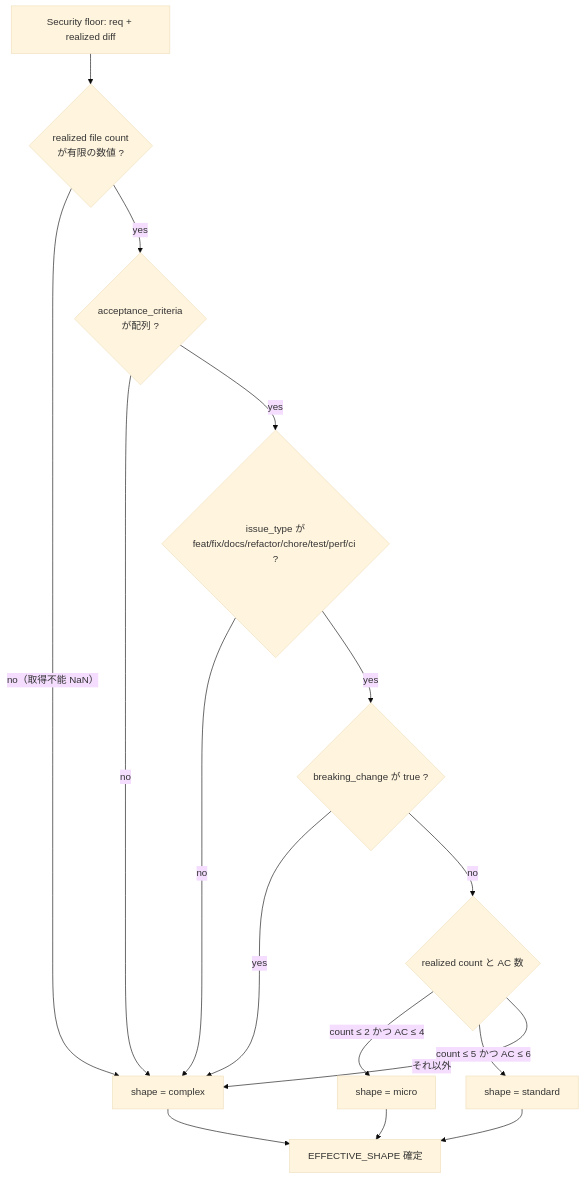
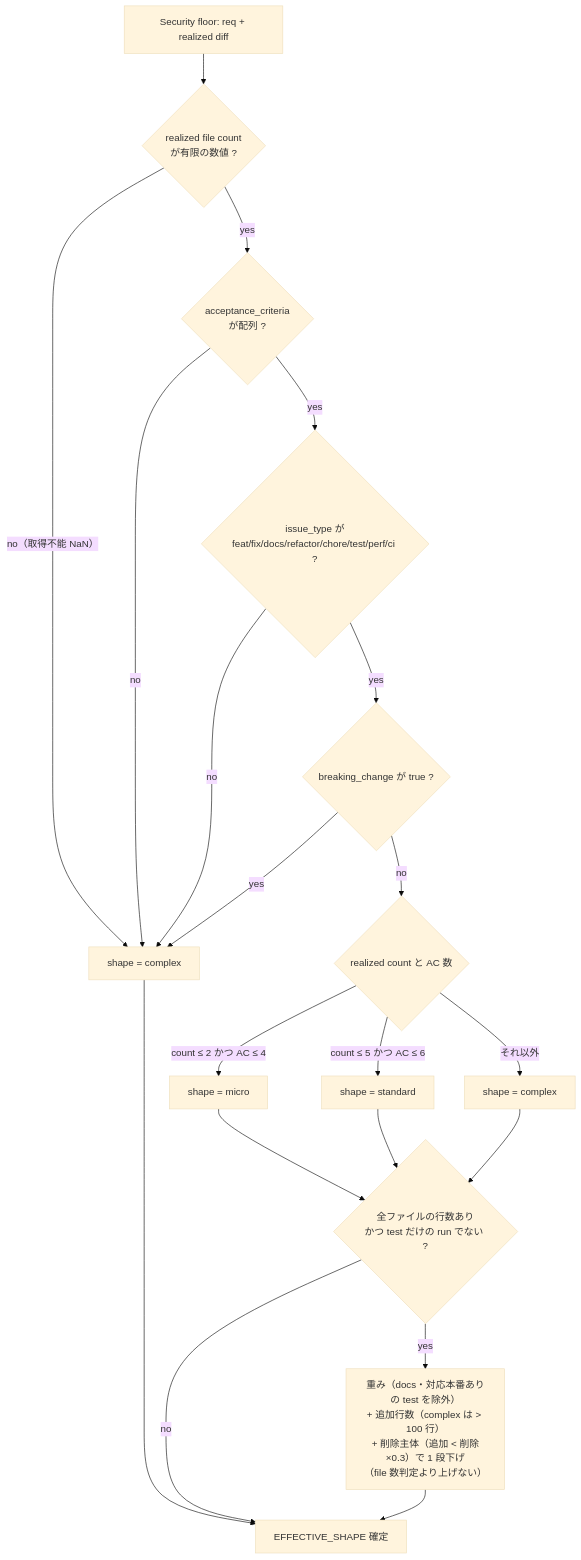
Before and after one commit to it-all-playpark/skills: diagram 11 of 13 in docs/dev-flow-atlas.md, drawn with Mermaid (base theme). The commit also changed other lines of this file and 16 other files, not shown here.

First line of the commit message:
feat(dev-flow): classifyShape の特徴量を差分の中身に寄せる — ファイル種別の重み・削除主体の減格・追加行数（file 数だけで掃除系 issue が complex に上がる） (#740)

````diff
--- a/docs/dev-flow-atlas.md
+++ b/docs/dev-flow-atlas.md
@@ -264,19 +266,23 @@
 ```mermaid
 flowchart TD
     START["Security floor: req + realized diff"] --> F1{"realized file count<br/>が有限の数値 ?"}
     F1 -->|"no（取得不能 NaN）"| CX["shape = complex"]
     F1 -->|yes| F2{"acceptance_criteria<br/>が配列 ?"}
     F2 -->|no| CX
     F2 -->|yes| F3{"issue_type が<br/>feat/fix/docs/refactor/chore/test/perf/ci ?"}
     F3 -->|no| CX
     F3 -->|yes| F4{"breaking_change が true ?"}
     F4 -->|yes| CX
     F4 -->|no| F5{"realized count と AC 数"}
     F5 -->|"count ≤ 2 かつ AC ≤ 4"| MI["shape = micro"]
     F5 -->|"count ≤ 5 かつ AC ≤ 6"| ST["shape = standard"]
-    F5 -->|"それ以外"| CX
+    F5 -->|"それ以外"| CX2["shape = complex"]
 
-    MI --> ES["EFFECTIVE_SHAPE 確定"]
-    ST --> ES
+    MI --> F6{"全ファイルの行数あり<br/>かつ test だけの run でない ?"}
+    ST --> F6
+    CX2 --> F6
+    F6 -->|no| ES["EFFECTIVE_SHAPE 確定"]
+    F6 -->|yes| CR["重み（docs・対応本番ありの test を除外）<br/>+ 追加行数（complex は > 100 行）<br/>+ 削除主体（追加 < 削除×0.3）で 1 段下げ<br/>（file 数判定より上げない）"]
+    CR --> ES
     CX --> ES
 ```
````
